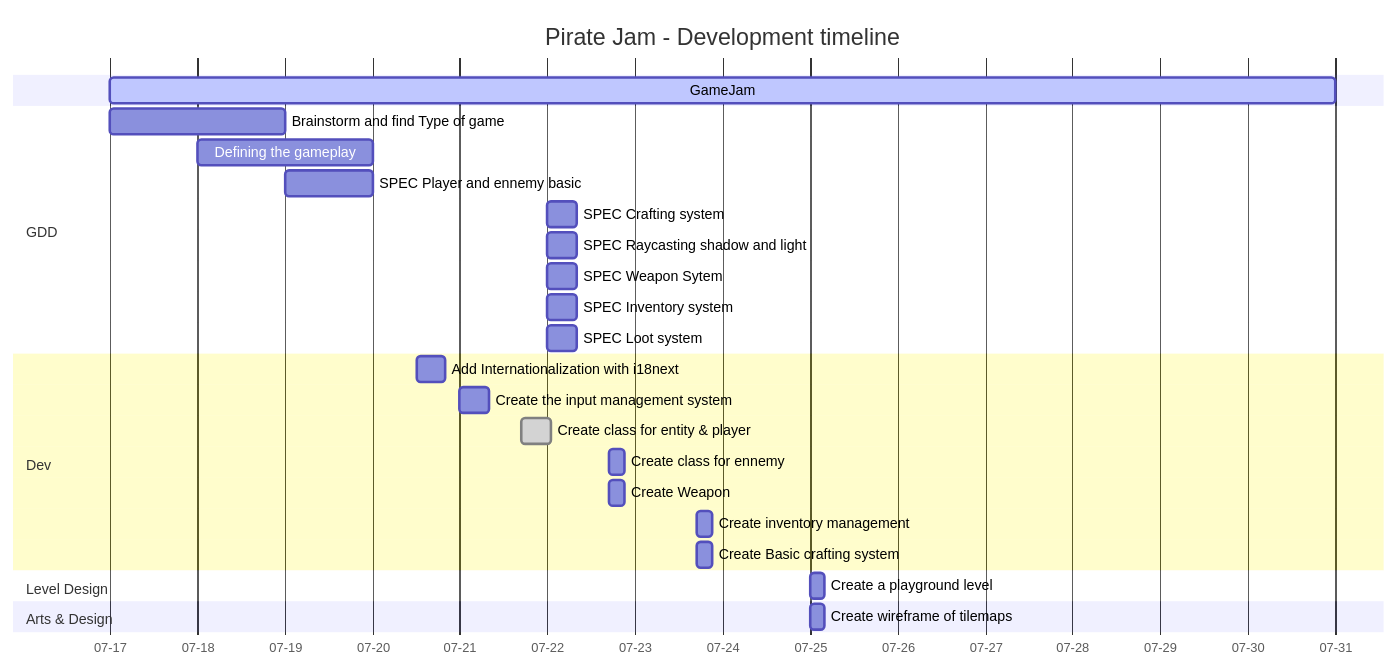
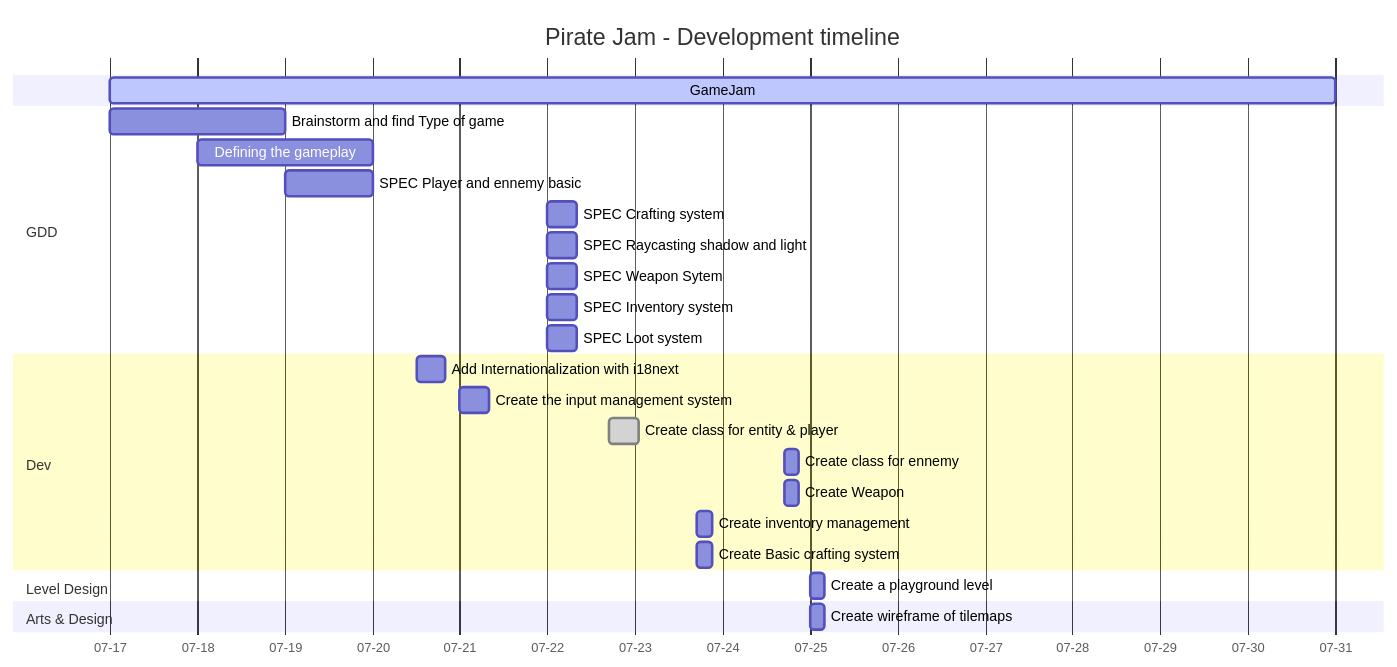
The second of 4 diagrams in docs/Pirate Jam/Game Design Document.md (platypus-production/Pirate-GJ-15), drawn with Mermaid before and after one commit.

````diff
--- a/docs/Pirate Jam/Game Design Document.md
+++ b/docs/Pirate Jam/Game Design Document.md
@@ -140,37 +140,37 @@
 ```mermaid
 gantt
 title Pirate Jam - Development timeline
 dateFormat YYYY-MM-DD-HH
 axisFormat %m-%d
 GameJam :active, 2024-07-17, 14d
 
 section GDD
 Brainstorm and find Type of game :done GDD0, 2024-07-17, 2d 
 Defining the gameplay :done after GDD1 GDD2, 2024-07-18, 2d
 SPEC Player and ennemy basic :done GDD3, 2024-07-19, 1d
 SPEC Crafting system :crit GDD5, 2024-07-22, 8h
 SPEC Raycasting shadow and light :done GDD4, 2024-07-22, 8h
 SPEC Weapon Sytem :done GDD6, 2024-07-22, 8h
 SPEC Inventory system :done GDD7, 2024-07-22, 8h
 SPEC Loot system :done GDD8, 2024-07-22, 8h
 
 section Dev
 Add Internationalization with i18next :done DEV0, 2024-07-20-12, 8h
 Create the input management system :done after DEV0 DEV1, 2024-07-21, 8h
-Create class for entity & player :done, 2024-07-21-17, 8h 
-Create class for ennemy :,2024-07-22-17, 4h
-Create Weapon :, 2024-07-22-17, 4h
+Create class for entity & player :done, 2024-07-22-17, 8h 
+Create class for ennemy :,2024-07-24-17, 4h
+Create Weapon :, 2024-07-24-17, 4h
 Create inventory management :, 2024-07-23-17, 4h
 Create Basic crafting system :, 2024-07-23-17, 4h
 
 section Level Design
 Create a playground level :, 2024-07-25, 4h
 
 section Arts & Design
 Create wireframe of tilemaps :, 2024-07-25, 4h
 
 section UX/UI
 
 section Music & Sound
 
 ```
````
